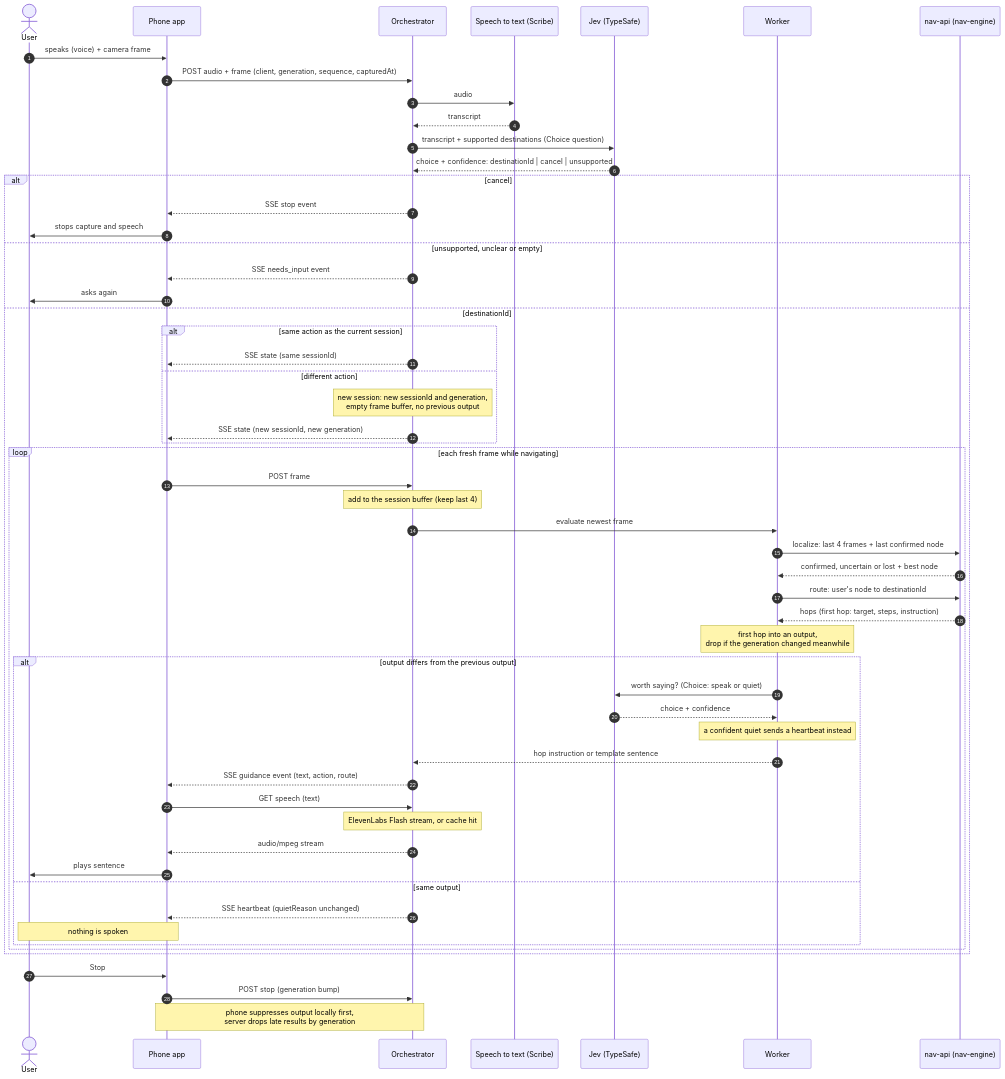
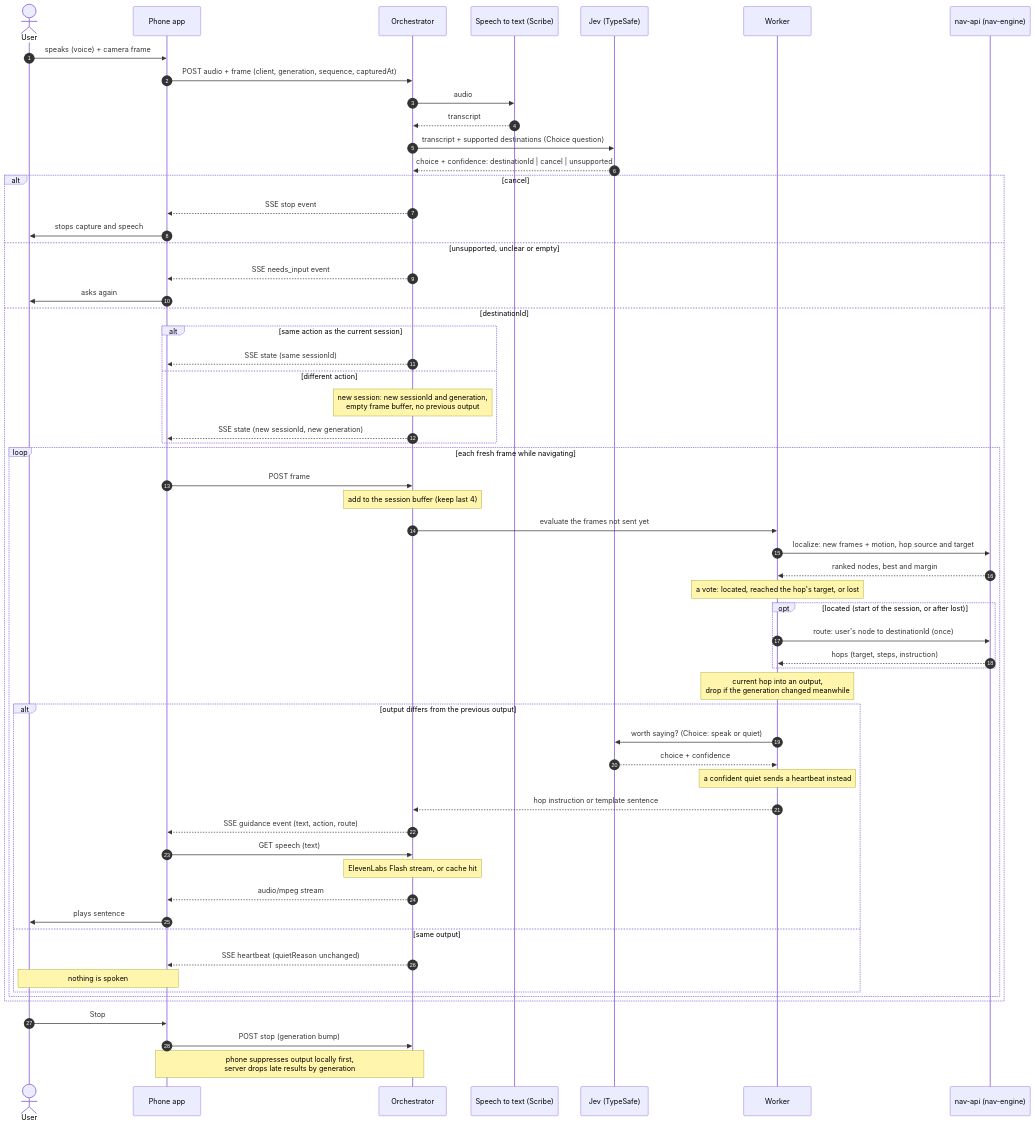
One commit to tungsten-united/project-description changed the third of 3 diagrams in docs/architecture.md. Above: the diagram before and after it, drawn with Mermaid. The commit also changed other lines of this file and 1 other file, not shown here.

Commit message:
Contracts: the orchestrator follows the route hop by hop
The orchestrator locates the user (votes over localize results), asks for
one route, and follows it a hop at a time: each localize (previous = hop
source, expected = hop target, every frame's motion) is a vote on reaching
the target, and only that target can be reached. Lost (other nodes win, or
nothing recognised for a while), it starts a new navigation. Each frame is
sent to localize once. nav-api is unchanged and stateless.

Also: the motion and previous_step_count are sent now, the X-Client-Id /
X-Session-Id / X-Request-Id headers, navFrames 4, no timed repeats, and the
live thresholds (0.45 / 0.35).

Claude-Session: https://claude.ai/code/session_01YNuFgv8TU6QLxuEc8Vf3m1

````diff
--- a/docs/architecture.md
+++ b/docs/architecture.md
@@ -73,61 +73,64 @@
 ```mermaid
 sequenceDiagram
   autonumber
   actor U as User
   participant P as Phone app
   participant O as Orchestrator
   participant S as Speech to text (Scribe)
   participant C as Jev (TypeSafe)
   participant K as Worker
   participant N as nav-api (nav-engine)
 
   U->>P: speaks (voice) + camera frame
   P->>O: POST audio + frame (client, generation, sequence, capturedAt)
   O->>S: audio
   S-->>O: transcript
   O->>C: transcript + supported destinations (Choice question)
   C-->>O: choice + confidence: destinationId | cancel | unsupported
 
   alt cancel
     O-->>P: SSE stop event
     P->>U: stops capture and speech
   else unsupported, unclear or empty
     O-->>P: SSE needs_input event
     P->>U: asks again
   else destinationId
     alt same action as the current session
       O-->>P: SSE state (same sessionId)
     else different action
       Note over O: new session: new sessionId and generation,<br/>empty frame buffer, no previous output
       O-->>P: SSE state (new sessionId, new generation)
     end
     loop each fresh frame while navigating
       P->>O: POST frame
       Note over O: add to the session buffer (keep last 4)
-      O->>K: evaluate newest frame
-      K->>N: localize: last 4 frames + last confirmed node
-      N-->>K: confirmed, uncertain or lost + best node
-      K->>N: route: user's node to destinationId
-      N-->>K: hops (first hop: target, steps, instruction)
-      Note over K: first hop into an output,<br/>drop if the generation changed meanwhile
+      O->>K: evaluate the frames not sent yet
+      K->>N: localize: new frames + motion, hop source and target
+      N-->>K: ranked nodes, best and margin
+      Note over K: a vote: located, reached the hop's target, or lost
+      opt located (start of the session, or after lost)
+        K->>N: route: user's node to destinationId (once)
+        N-->>K: hops (target, steps, instruction)
+      end
+      Note over K: current hop into an output,<br/>drop if the generation changed meanwhile
       alt output differs from the previous output
         K->>C: worth saying? (Choice: speak or quiet)
         C-->>K: choice + confidence
         Note over K: a confident quiet sends a heartbeat instead
         K-->>O: hop instruction or template sentence
         O-->>P: SSE guidance event (text, action, route)
         P->>O: GET speech (text)
         Note over O: ElevenLabs Flash stream, or cache hit
         O-->>P: audio/mpeg stream
         P->>U: plays sentence
       else same output
         O-->>P: SSE heartbeat (quietReason unchanged)
         Note over P,U: nothing is spoken
       end
     end
   end
 
   U->>P: Stop
   P->>O: POST stop (generation bump)
   Note over P,O: phone suppresses output locally first,<br/>server drops late results by generation
 ```
````
